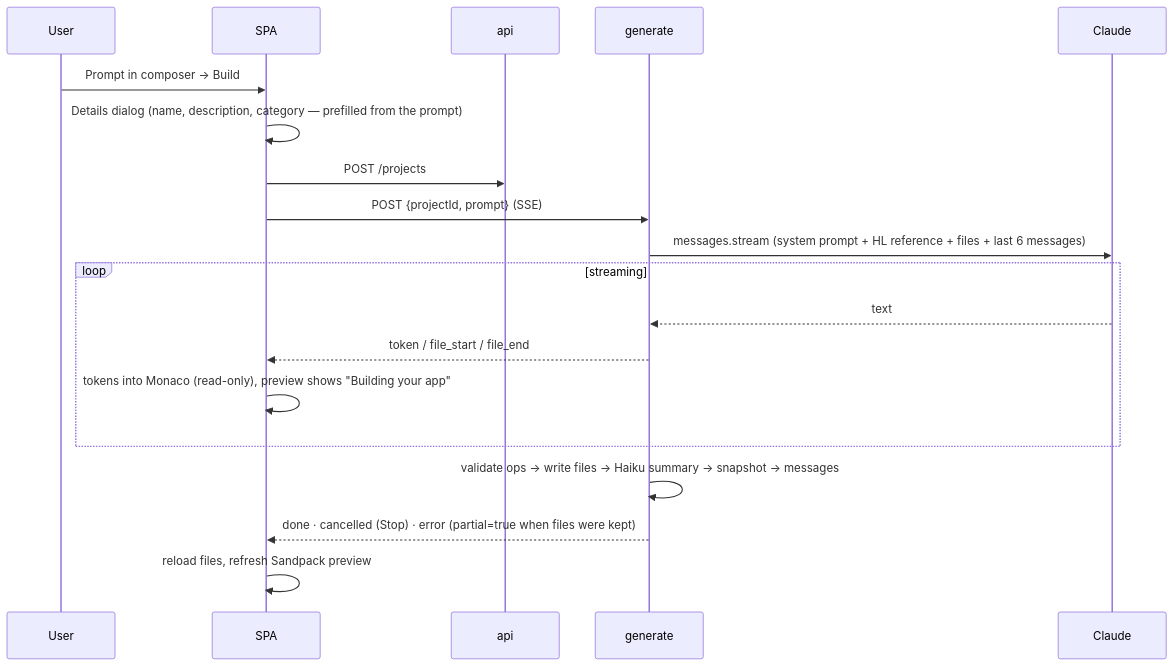
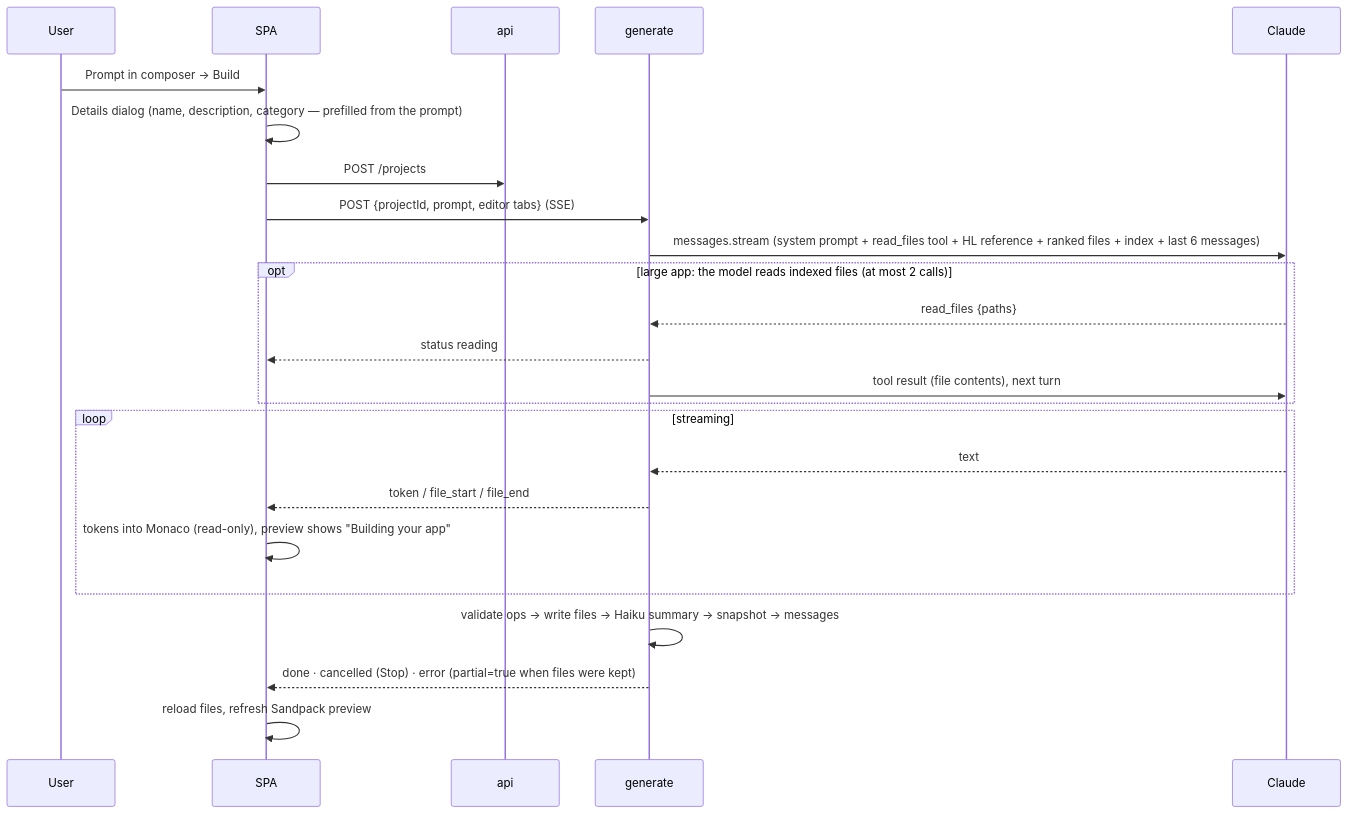
The fourth of 6 diagrams in docs/ARCHITECTURE.md (nirmalbenny/genesis), drawn with Mermaid before and after one commit. The commit also changed other lines of this file and 3 other files, not shown here.

First line of the commit message:
Docs: file storage in Cloud Storage, ranked context and read_files

````diff
--- a/docs/ARCHITECTURE.md
+++ b/docs/ARCHITECTURE.md
@@ -242,21 +267,26 @@
 ```mermaid
 sequenceDiagram
   participant U as User
   participant SPA
   participant API as api
   participant G as generate
   participant CL as Claude
   U->>SPA: Prompt in composer → Build
   SPA->>SPA: Details dialog (name, description, category — prefilled from the prompt)
   SPA->>API: POST /projects
-  SPA->>G: POST {projectId, prompt} (SSE)
-  G->>CL: messages.stream (system prompt + HL reference + files + last 6 messages)
+  SPA->>G: POST {projectId, prompt, editor tabs} (SSE)
+  G->>CL: messages.stream (system prompt + read_files tool + HL reference + ranked files + index + last 6 messages)
+  opt large app: the model reads indexed files (at most 2 calls)
+    CL-->>G: read_files {paths}
+    G-->>SPA: status reading
+    G->>CL: tool result (file contents), next turn
+  end
   loop streaming
     CL-->>G: text
     G-->>SPA: token / file_start / file_end
     SPA->>SPA: tokens into Monaco (read-only), preview shows "Building your app"
   end
   G->>G: validate ops → write files → Haiku summary → snapshot → messages
   G-->>SPA: done · cancelled (Stop) · error (partial=true when files were kept)
   SPA->>SPA: reload files, refresh Sandpack preview
 ```
````
